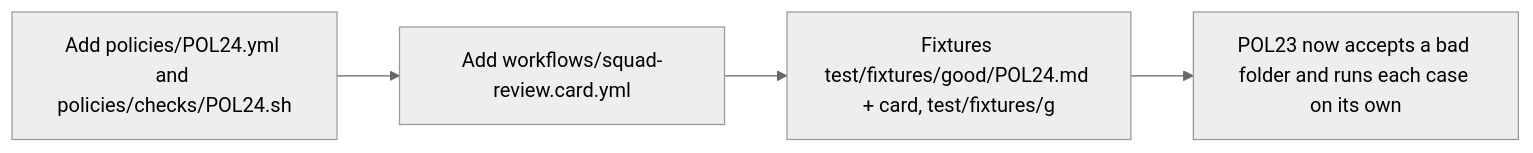
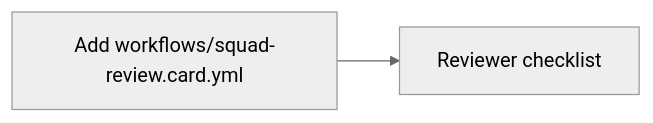
Before and after one commit to svennijhuis/agentic-workflows: the second of 2 diagrams in docs/pbi/done/HX02-agent-card.md, drawn with Mermaid (neutral theme). The commit also changed other lines of this file and 986 other files, not shown here.

````diff
--- a/docs/pbi/done/HX02-agent-card.md
+++ b/docs/pbi/done/HX02-agent-card.md
@@ -56,10 +52,6 @@
 ```mermaid
 flowchart LR
-  S1[Add policies/POL24.yml and policies/checks/POL24.sh]
-  S2[Add workflows/squad-review.card.yml]
+  S1[Add workflows/squad-review.card.yml]
+  S2[Reviewer checklist]
   S1 --> S2
-  S3[Fixtures test/fixtures/good/POL24.md + card, test/fixtures/g]
-  S2 --> S3
-  S4[POL23 now accepts a bad folder and runs each case on its own]
-  S3 --> S4
 ```
````
